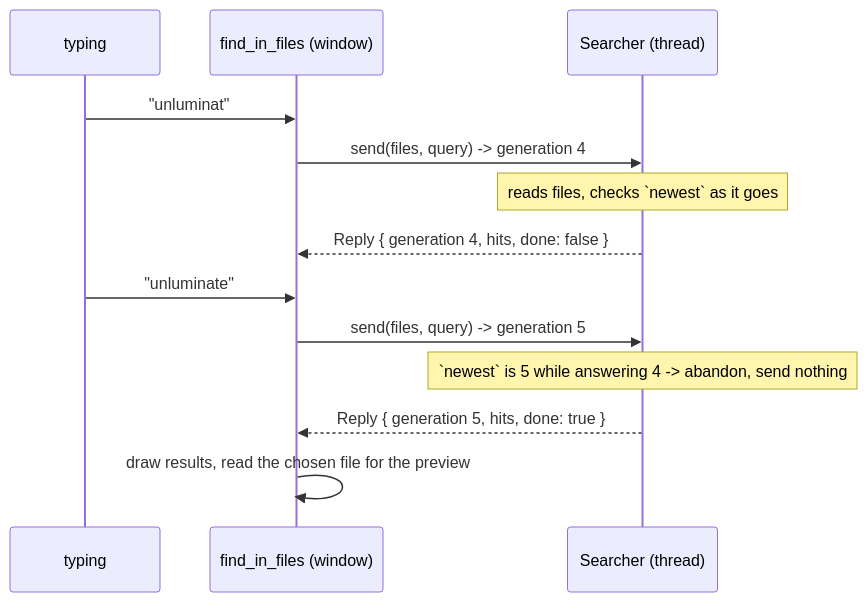
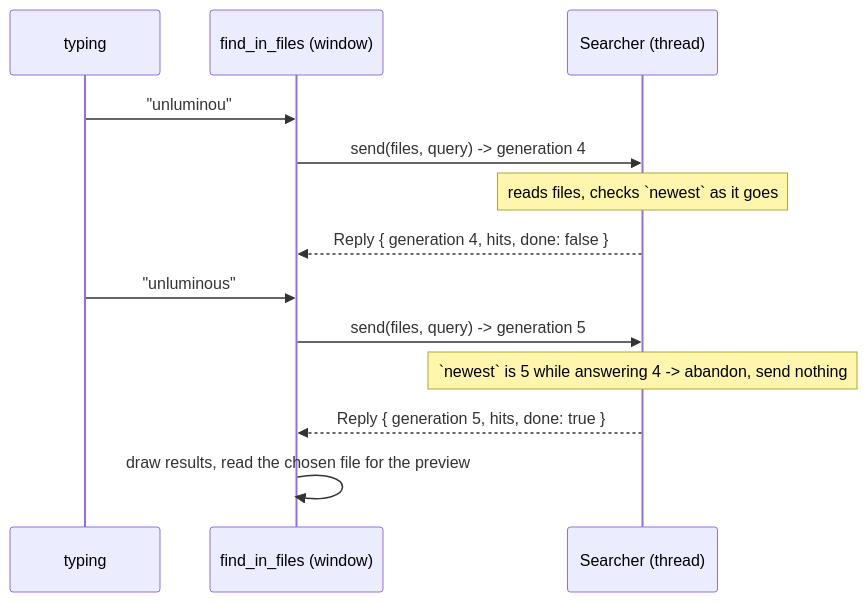
Before and after one commit to Black-Rainbow-Labs/Unluminous: the second of 3 diagrams in tasks/task-1659-search-and-images-tdd.md, drawn with Mermaid. The commit also changed other lines of this file and 1327 other files, not shown here.

````diff
--- a/tasks/task-1659-search-and-images-tdd.md
+++ b/tasks/task-1659-search-and-images-tdd.md
@@ -185,15 +185,15 @@
 ```mermaid
 sequenceDiagram
     participant U as typing
     participant M as find_in_files (window)
     participant S as Searcher (thread)
-    U->>M: "unluminat"
+    U->>M: "unluminou"
     M->>S: send(files, query) -> generation 4
     Note over S: reads files, checks `newest` as it goes
     S-->>M: Reply { generation 4, hits, done: false }
-    U->>M: "unluminate"
+    U->>M: "unluminous"
     M->>S: send(files, query) -> generation 5
     Note over S: `newest` is 5 while answering 4 -> abandon, send nothing
     S-->>M: Reply { generation 5, hits, done: true }
     M->>M: draw results, read the chosen file for the preview
 ```
````
